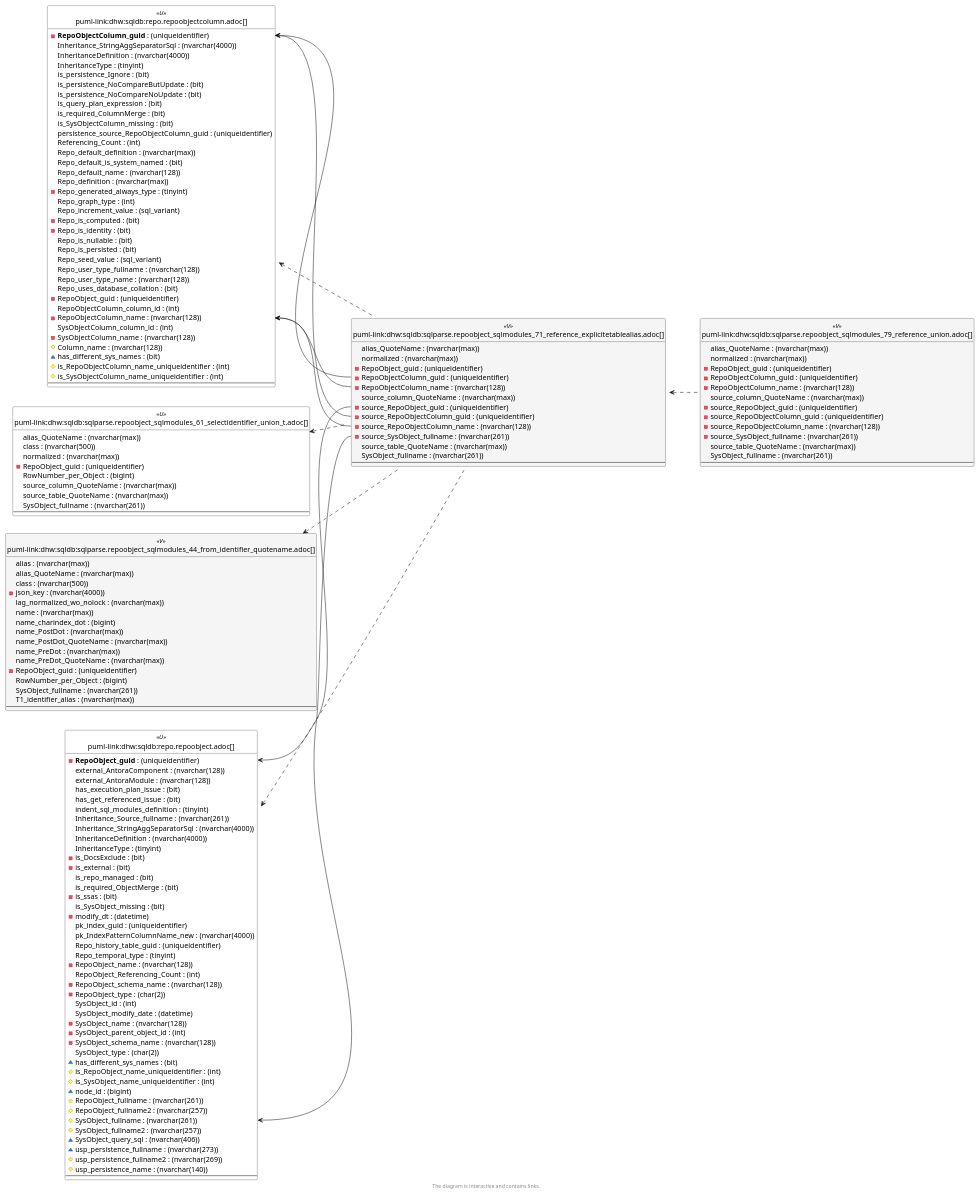
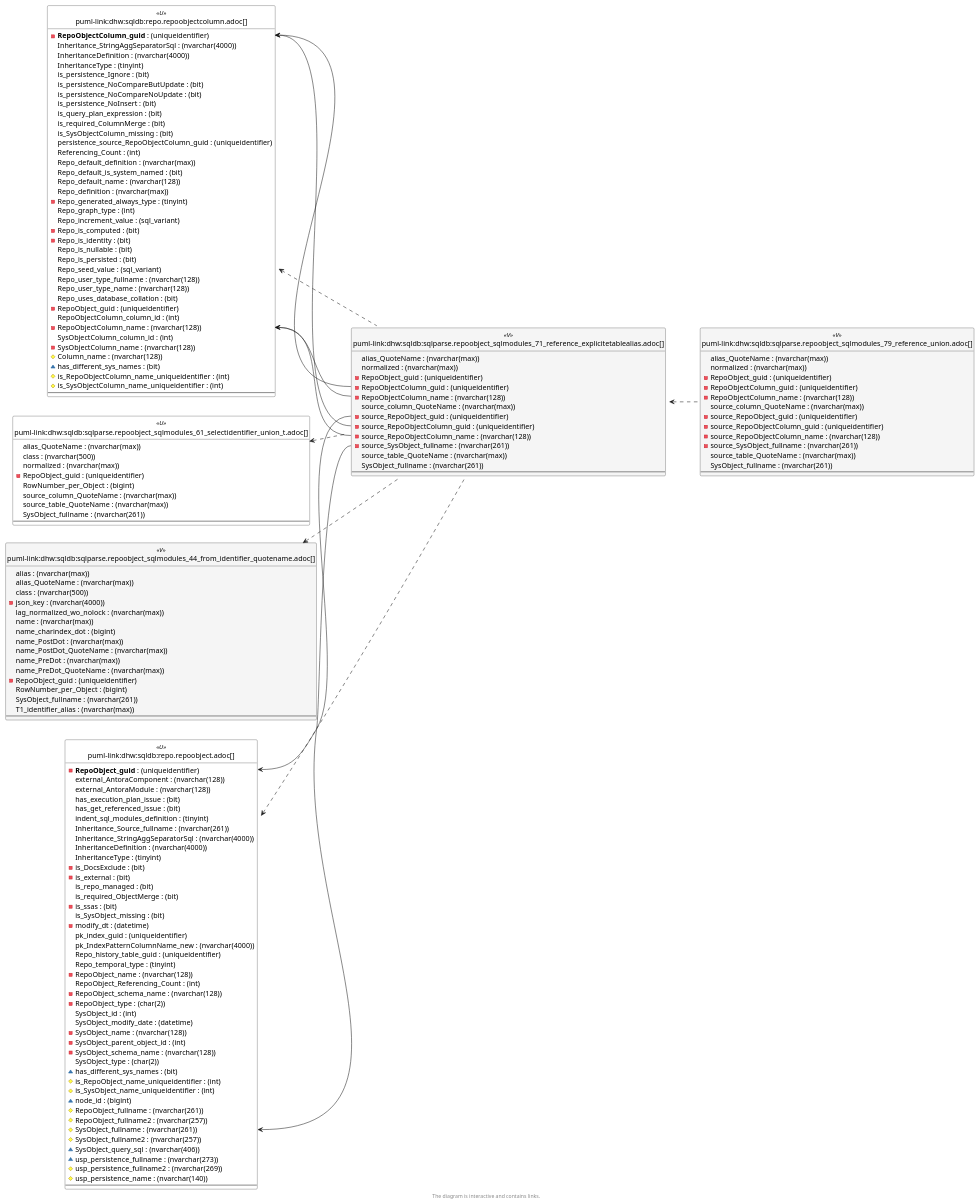
One commit to DataHandwerk/dhw-antora-sqldb changed the sixth of 6 diagrams in docs/modules/sqldb/partials/content/sqlparse.repoobject_sqlmodules_71_reference_explicitetablealias.adoc. Above: the diagram before and after it, drawn with PlantUML. The commit also changed other lines of this file and 701 other files, not shown here.

```diff
--- a/docs/modules/sqldb/partials/content/sqlparse.repoobject_sqlmodules_71_reference_explicitetablealias.adoc
+++ b/docs/modules/sqldb/partials/content/sqlparse.repoobject_sqlmodules_71_reference_explicitetablealias.adoc
@@ -2043,6 +2061,7 @@
   is_persistence_Ignore : (bit)
   is_persistence_NoCompareButUpdate : (bit)
   is_persistence_NoCompareNoUpdate : (bit)
+  is_persistence_NoInsert : (bit)
   is_query_plan_expression : (bit)
   is_required_ColumnMerge : (bit)
   is_SysObjectColumn_missing : (bit)
@@ -2145,8 +2164,8 @@
 sqlparse.RepoObject_SqlModules_71_reference_ExpliciteTableAlias <.. sqlparse.RepoObject_SqlModules_79_reference_union
 "repo.RepoObject::RepoObject_guid" <-- "sqlparse.RepoObject_SqlModules_71_reference_ExpliciteTableAlias::source_RepoObject_guid"
 "repo.RepoObject::SysObject_fullname" <-- "sqlparse.RepoObject_SqlModules_71_reference_ExpliciteTableAlias::source_SysObject_fullname"
+"repo.RepoObjectColumn::RepoObjectColumn_guid" <-- "sqlparse.RepoObject_SqlModules_71_reference_ExpliciteTableAlias::RepoObjectColumn_guid"
 "repo.RepoObjectColumn::RepoObjectColumn_guid" <-- "sqlparse.RepoObject_SqlModules_71_reference_ExpliciteTableAlias::source_RepoObjectColumn_guid"
-"repo.RepoObjectColumn::RepoObjectColumn_guid" <-- "sqlparse.RepoObject_SqlModules_71_reference_ExpliciteTableAlias::RepoObjectColumn_guid"
 "repo.RepoObjectColumn::RepoObjectColumn_name" <-- "sqlparse.RepoObject_SqlModules_71_reference_ExpliciteTableAlias::RepoObjectColumn_name"
 "repo.RepoObjectColumn::RepoObjectColumn_name" <-- "sqlparse.RepoObject_SqlModules_71_reference_ExpliciteTableAlias::source_RepoObjectColumn_name"
 
```
